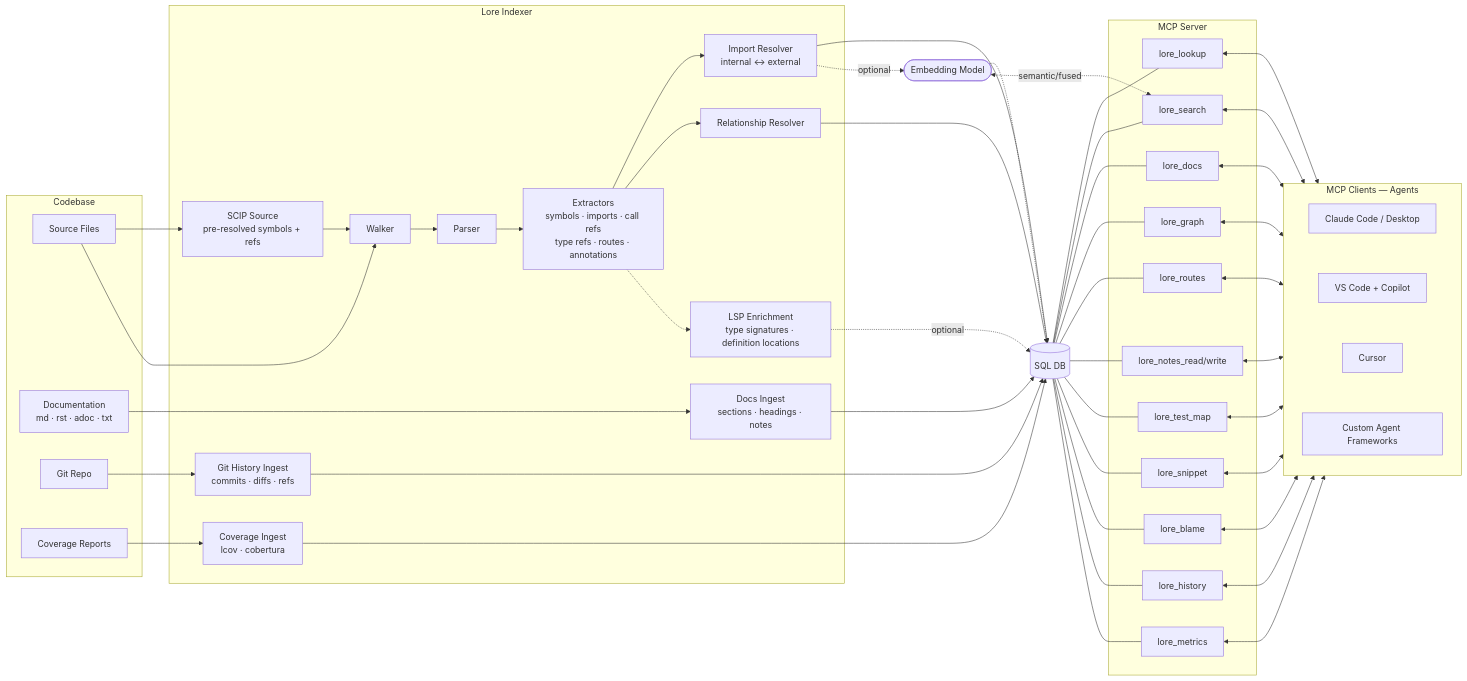
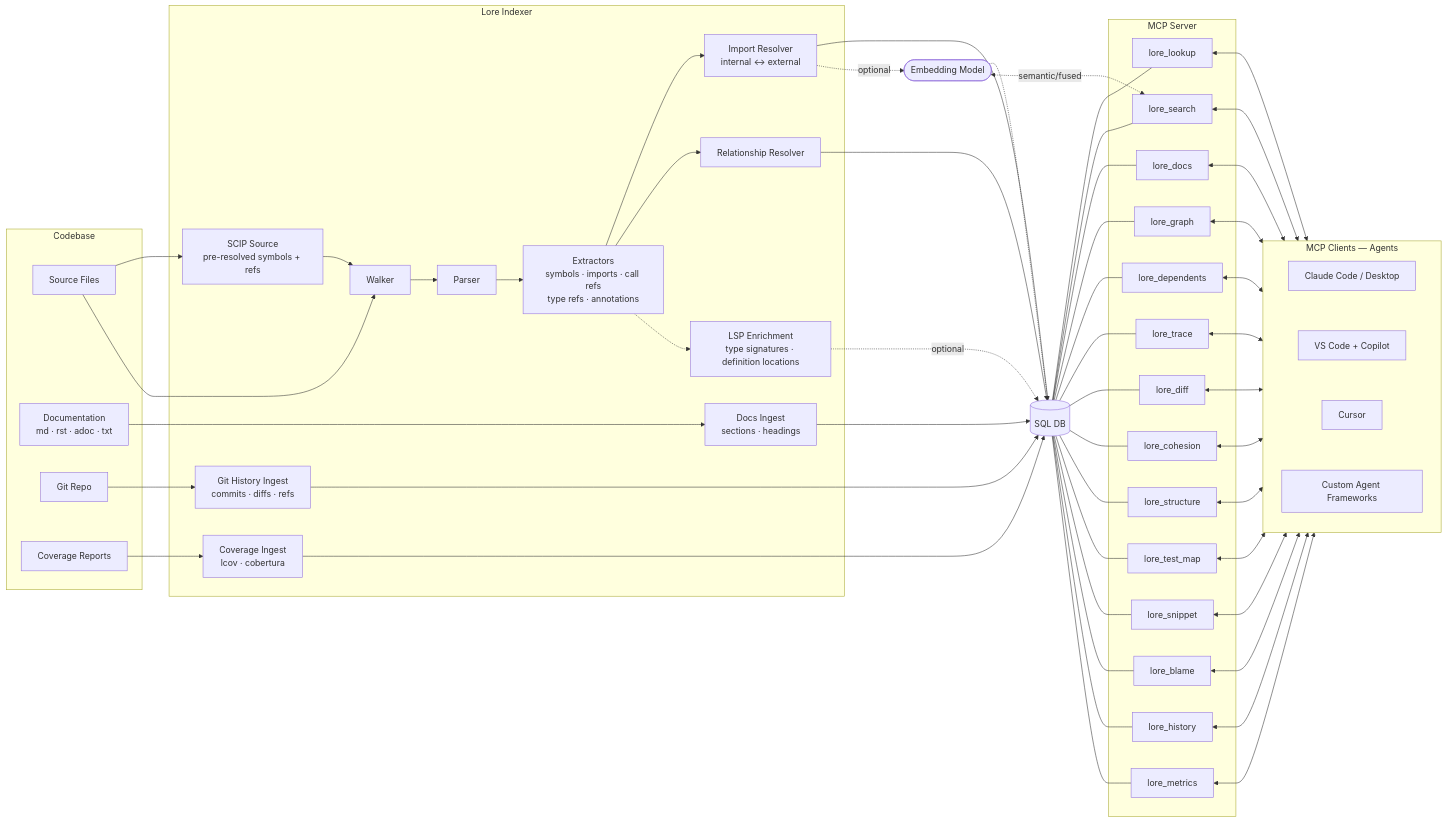
Before and after one commit to jafreck/Lore: the diagram in README.md, drawn with Mermaid. The commit also changed other lines of this file and 2 other files, not shown here.

First line of the commit message:
chore: refresh README with current tools and architecture, add CLAUDE.md (#207)

````diff
--- a/README.md
+++ b/README.md
@@ -31,65 +31,68 @@
 ```mermaid
 flowchart LR
     subgraph Codebase
         SRC[Source Files]
         DOCS[Documentation<br/>md · rst · adoc · txt]
         GIT[Git Repo]
         COV[Coverage Reports]
     end
 
     subgraph INDEXER[Lore Indexer]
         SCIPDIRECT[SCIP Source<br/>pre-resolved symbols + refs] --> WALK
-        WALK[Walker] --> PARSE[Parser] --> EXTRACT[Extractors<br/>symbols · imports · call refs<br/>type refs · routes · annotations]
+        WALK[Walker] --> PARSE[Parser] --> EXTRACT[Extractors<br/>symbols · imports · call refs<br/>type refs · annotations]
         EXTRACT --> RESOLVE[Import Resolver<br/>internal ↔ external]
         EXTRACT --> CALLGRAPH[Relationship Resolver]
         EXTRACT -.-> LSPENRICH[LSP Enrichment<br/>type signatures · definition locations]
-        DOCSINGEST[Docs Ingest<br/>sections · headings · notes]
+        DOCSINGEST[Docs Ingest<br/>sections · headings]
         GITHIST[Git History Ingest<br/>commits · diffs · refs]
         COVINGEST[Coverage Ingest<br/>lcov · cobertura]
     end
 
     SRC --> SCIPDIRECT
     SRC --> WALK
     DOCS --> DOCSINGEST
     GIT --> GITHIST
     COV --> COVINGEST
 
     DB[(SQL DB)]
     EMBED([Embedding Model])
 
     subgraph MCP_SERVER[MCP Server]
         LOOKUP[lore_lookup]
         SEARCH[lore_search]
         DOCS_TOOL[lore_docs]
         GRAPH[lore_graph]
-        ROUTES[lore_routes]
-        NOTES[lore_notes_read/write]
+        DEPENDENTS[lore_dependents]
+        TRACE[lore_trace]
+        DIFF[lore_diff]
+        COHESION[lore_cohesion]
+        STRUCTURE[lore_structure]
         TESTMAP[lore_test_map]
         SNIPPET[lore_snippet]
         BLAME[lore_blame]
         HISTORY[lore_history]
         METRICS[lore_metrics]
     end
 
     subgraph MCP_CLIENTS[MCP Clients — Agents]
         CLAUDE_CODE[Claude Code / Desktop]
         COPILOT[VS Code + Copilot]
         CURSOR[Cursor]
         CUSTOM[Custom Agent Frameworks]
         CLAUDE_CODE ~~~ COPILOT ~~~ CURSOR ~~~ CUSTOM
     end
 
     DOCSINGEST --> DB
     GITHIST --> DB
     COVINGEST --> DB
 
     RESOLVE & CALLGRAPH --> DB
     LSPENRICH -.->|optional| DB
     RESOLVE -.->|optional| EMBED
     EMBED -.-> DB
 
-    DB --- LOOKUP & SEARCH & DOCS_TOOL & GRAPH & ROUTES & NOTES & TESTMAP & SNIPPET & BLAME & HISTORY & METRICS
+    DB --- LOOKUP & SEARCH & DOCS_TOOL & GRAPH & DEPENDENTS & TRACE & DIFF & COHESION & STRUCTURE & TESTMAP & SNIPPET & BLAME & HISTORY & METRICS
     EMBED <-.->|semantic/fused| SEARCH
 
-    LOOKUP & SEARCH & DOCS_TOOL & GRAPH & ROUTES & NOTES & TESTMAP & SNIPPET & BLAME & HISTORY & METRICS <--> MCP_CLIENTS
+    LOOKUP & SEARCH & DOCS_TOOL & GRAPH & DEPENDENTS & TRACE & DIFF & COHESION & STRUCTURE & TESTMAP & SNIPPET & BLAME & HISTORY & METRICS <--> MCP_CLIENTS
 ```
````
